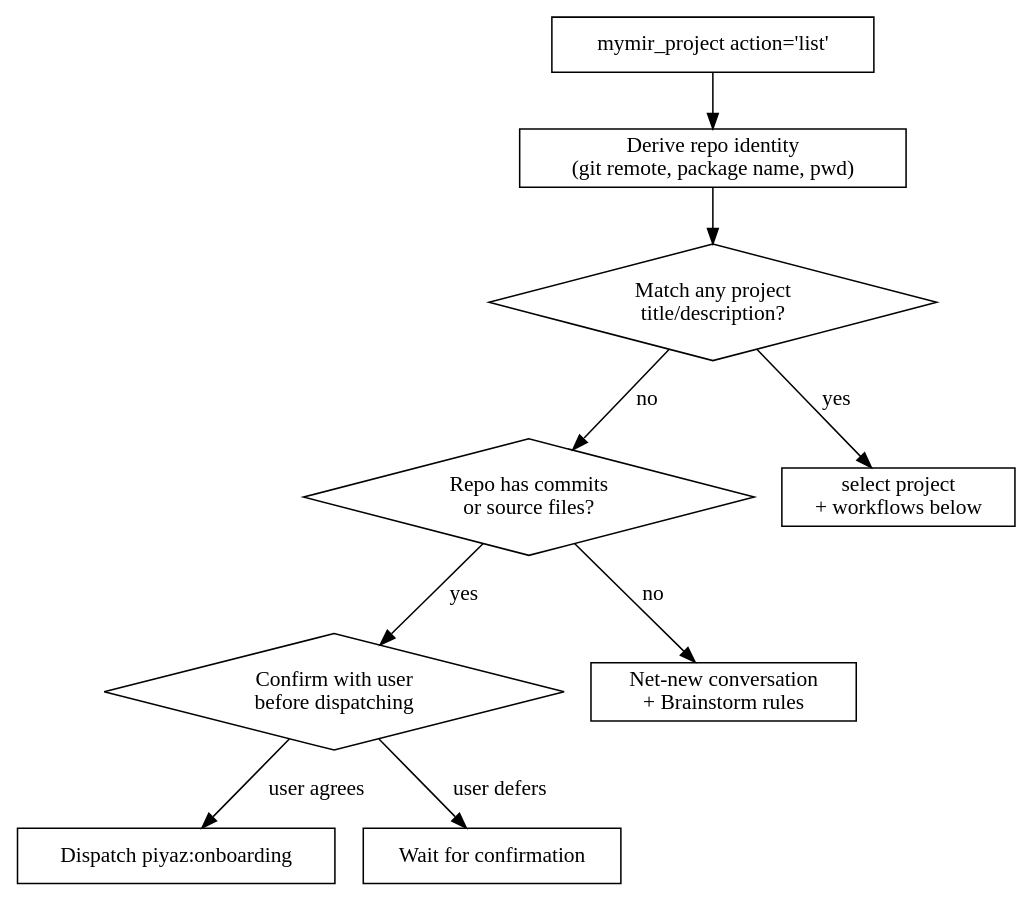
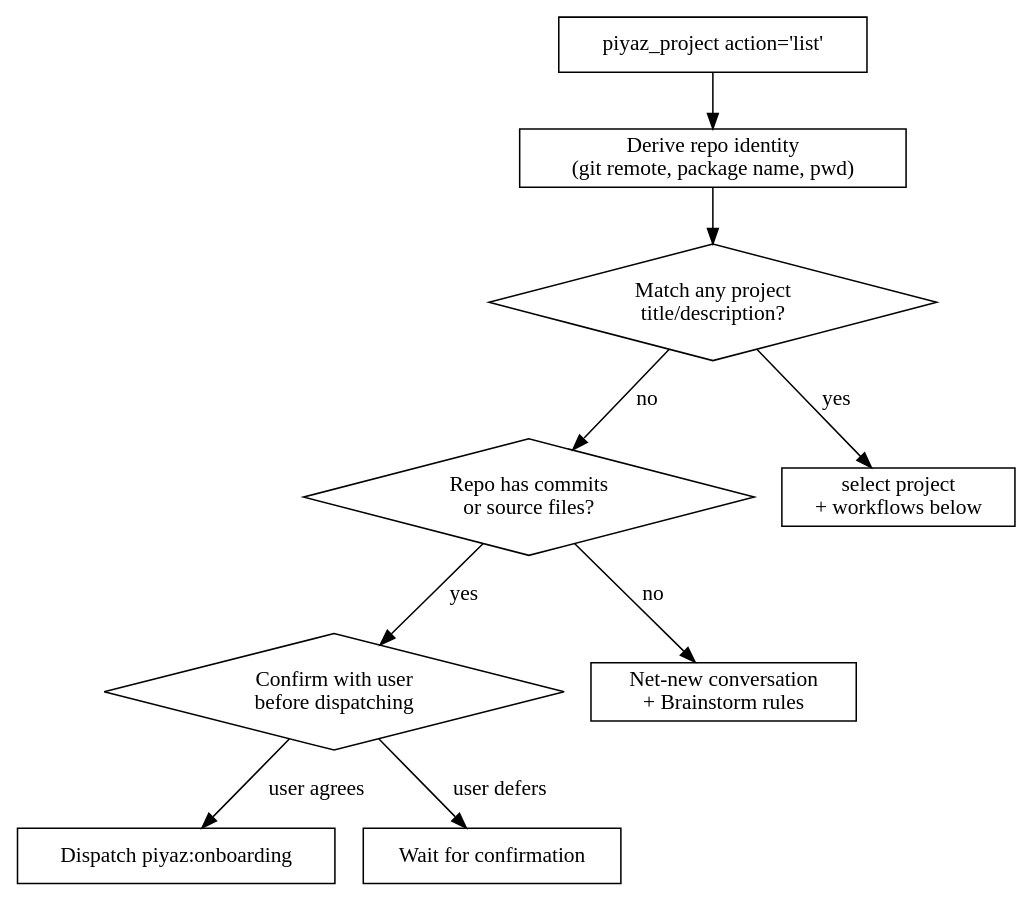
One commit to FrkAk/piyaz changed the diagram in plugins/codex/skills/piyaz/SKILL.md. Above: the diagram before and after it, drawn with Graphviz. The commit also changed other lines of this file and 63 other files, not shown here.

Commit message:
chore: rename MCP tool names mymir_* to piyaz_* [MYMR-226]

````diff
--- a/plugins/codex/skills/piyaz/SKILL.md
+++ b/plugins/codex/skills/piyaz/SKILL.md
@@ -108,22 +108,22 @@
 ```dot
 digraph detection {
-    "mymir_project action='list'" [shape=box];
+    "piyaz_project action='list'" [shape=box];
     "Derive repo identity\n(git remote, package name, pwd)" [shape=box];
     "Match any project\ntitle/description?" [shape=diamond];
     "Repo has commits\nor source files?" [shape=diamond];
     "Confirm with user\nbefore dispatching" [shape=diamond];
     "select project\n+ workflows below" [shape=box];
     "Dispatch piyaz:onboarding" [shape=box];
     "Net-new conversation\n+ Brainstorm rules" [shape=box];
     "Wait for confirmation" [shape=box];
 
-    "mymir_project action='list'" -> "Derive repo identity\n(git remote, package name, pwd)";
+    "piyaz_project action='list'" -> "Derive repo identity\n(git remote, package name, pwd)";
     "Derive repo identity\n(git remote, package name, pwd)" -> "Match any project\ntitle/description?";
     "Match any project\ntitle/description?" -> "select project\n+ workflows below" [label="yes"];
     "Match any project\ntitle/description?" -> "Repo has commits\nor source files?" [label="no"];
     "Repo has commits\nor source files?" -> "Confirm with user\nbefore dispatching" [label="yes"];
     "Repo has commits\nor source files?" -> "Net-new conversation\n+ Brainstorm rules" [label="no"];
     "Confirm with user\nbefore dispatching" -> "Dispatch piyaz:onboarding" [label="user agrees"];
     "Confirm with user\nbefore dispatching" -> "Wait for confirmation" [label="user defers"];
 }
 ```
````
